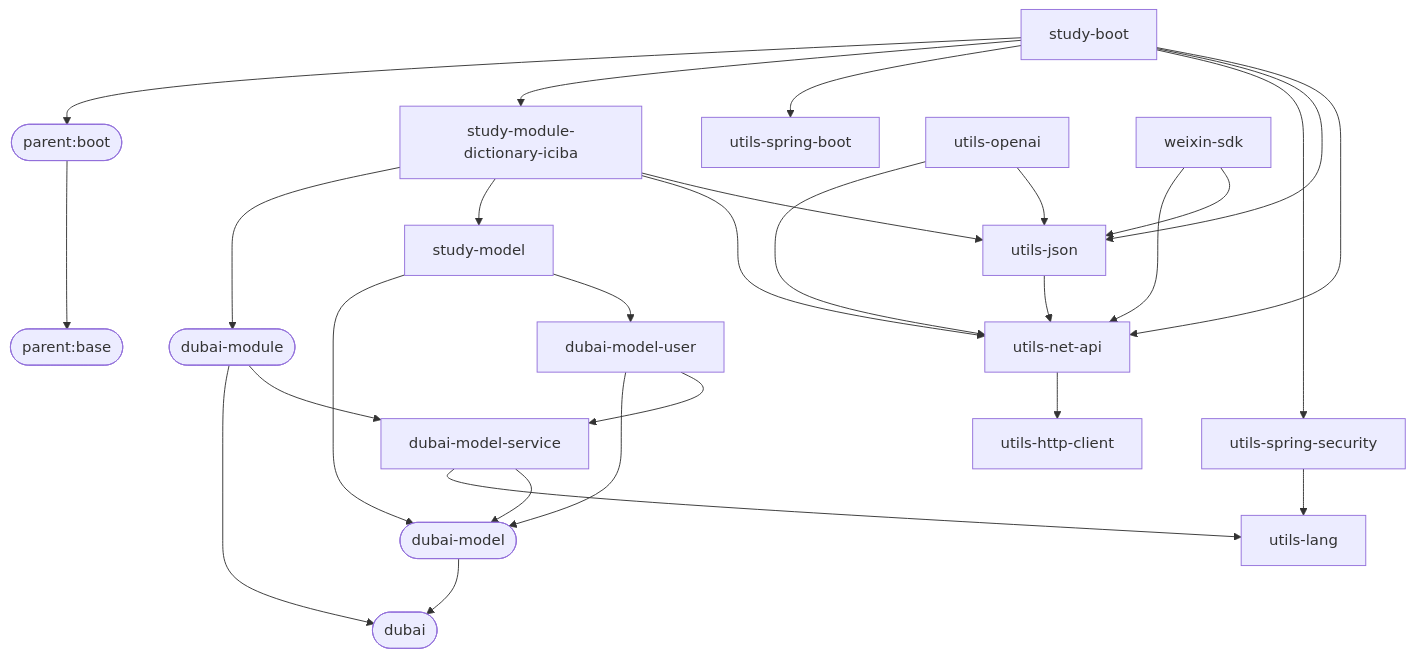
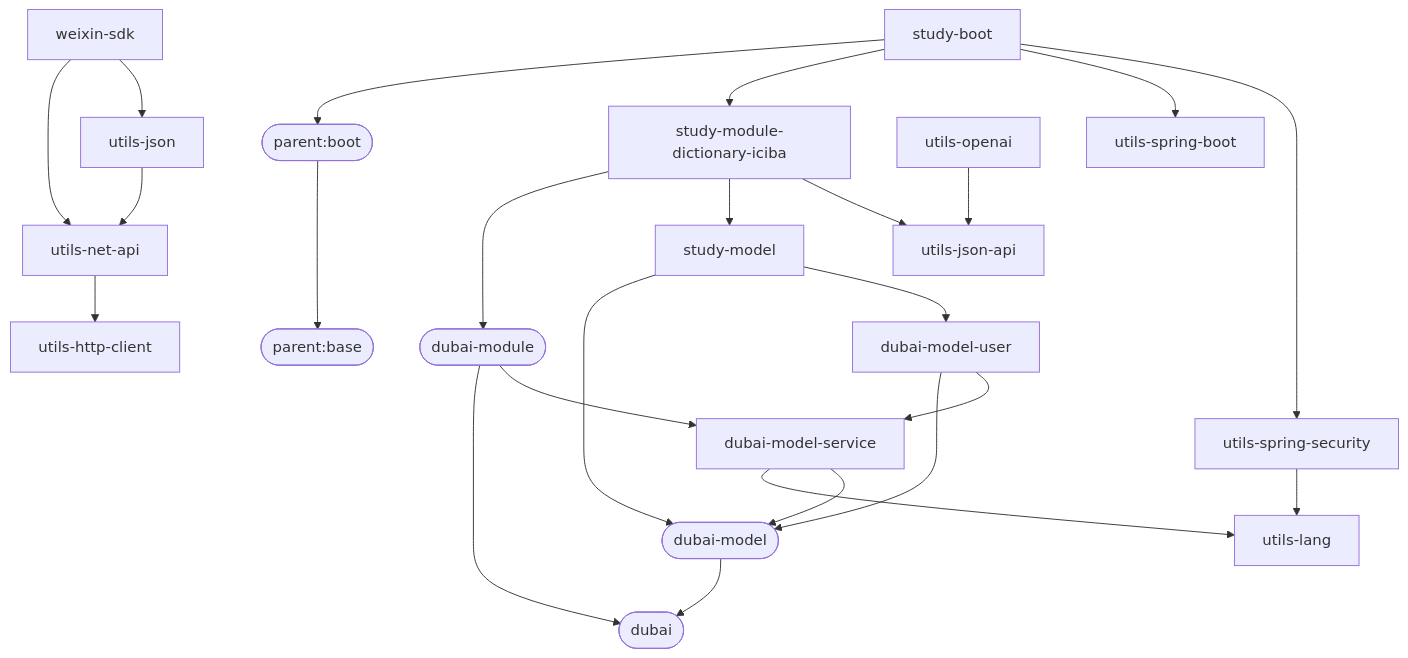
One commit to dbstarll/dbstarll.github.io changed the diagram in README.md. Above: the diagram before and after it, drawn with Mermaid.

Commit message:
utils-json改名为utils-json-api

````diff
--- a/README.md
+++ b/README.md
@@ -21,42 +21,38 @@
 ```mermaid
 graph TD;
     parent.base([parent:base]);
     parent.boot([parent:boot])--->parent.base;
 
     utils-spring-security-->utils-lang;
 
     utils-net-api-->utils-http-client;
 
     utils-json-->utils-net-api;
 
     dubai([dubai]);
     dubai-model([dubai-model])-->dubai;
     dubai-model-service-->utils-lang;
     dubai-model-service-->dubai-model;
     dubai-module([dubai-module])-->dubai;
     dubai-module-->dubai-model-service;
     
     dubai-model-user-->dubai-model;
     dubai-model-user-->dubai-model-service;
 
     study-module-dictionary-iciba-->dubai-module;
     study-module-dictionary-iciba-->study-model;
-    study-module-dictionary-iciba-->utils-net-api;
-    study-module-dictionary-iciba-->utils-json;
+    study-module-dictionary-iciba-->utils-json-api;
 
     study-model-->dubai-model;
     study-model-->dubai-model-user;
 
     study-boot-->parent.boot;
     study-boot-->study-module-dictionary-iciba;
     study-boot-->utils-spring-boot;
     study-boot-->utils-spring-security;
-    study-boot-->utils-json;
-    study-boot-->utils-net-api;
 
-    utils-openai-->utils-net-api;
-    utils-openai-->utils-json;
+    utils-openai-->utils-json-api;
 
     weixin-sdk-->utils-net-api;
     weixin-sdk-->utils-json;
 ```
````
